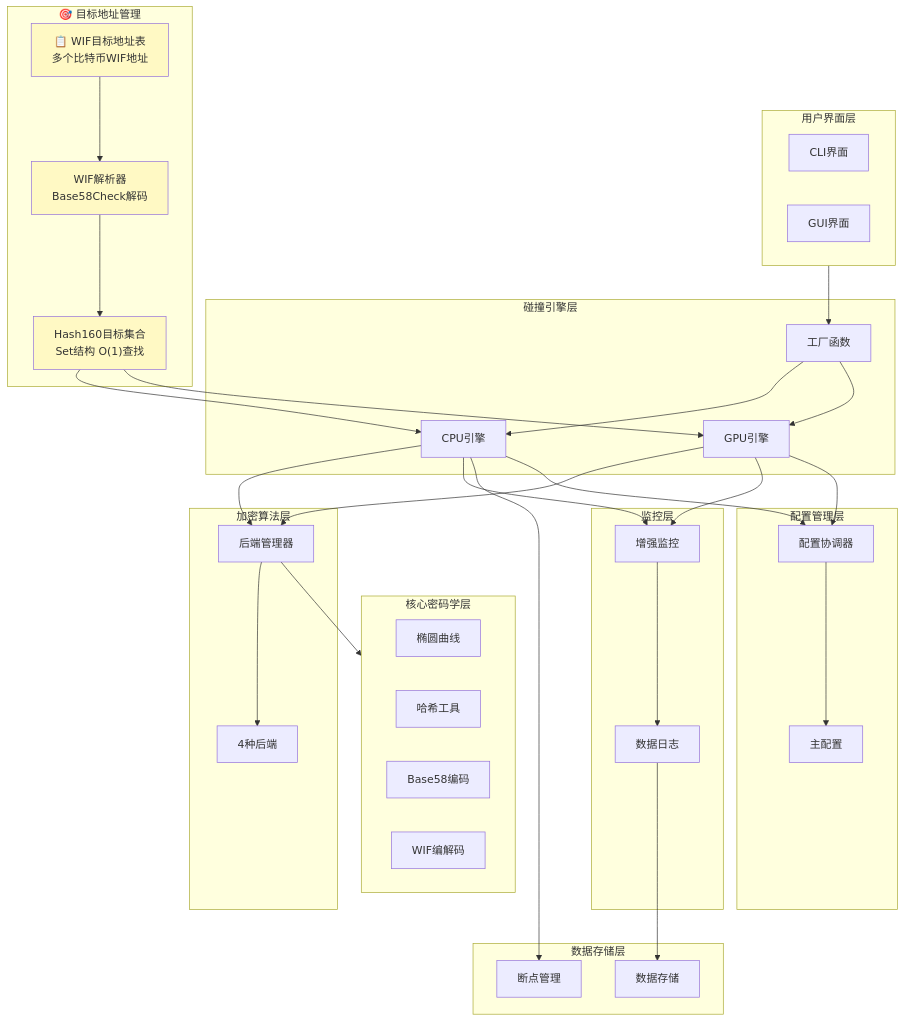
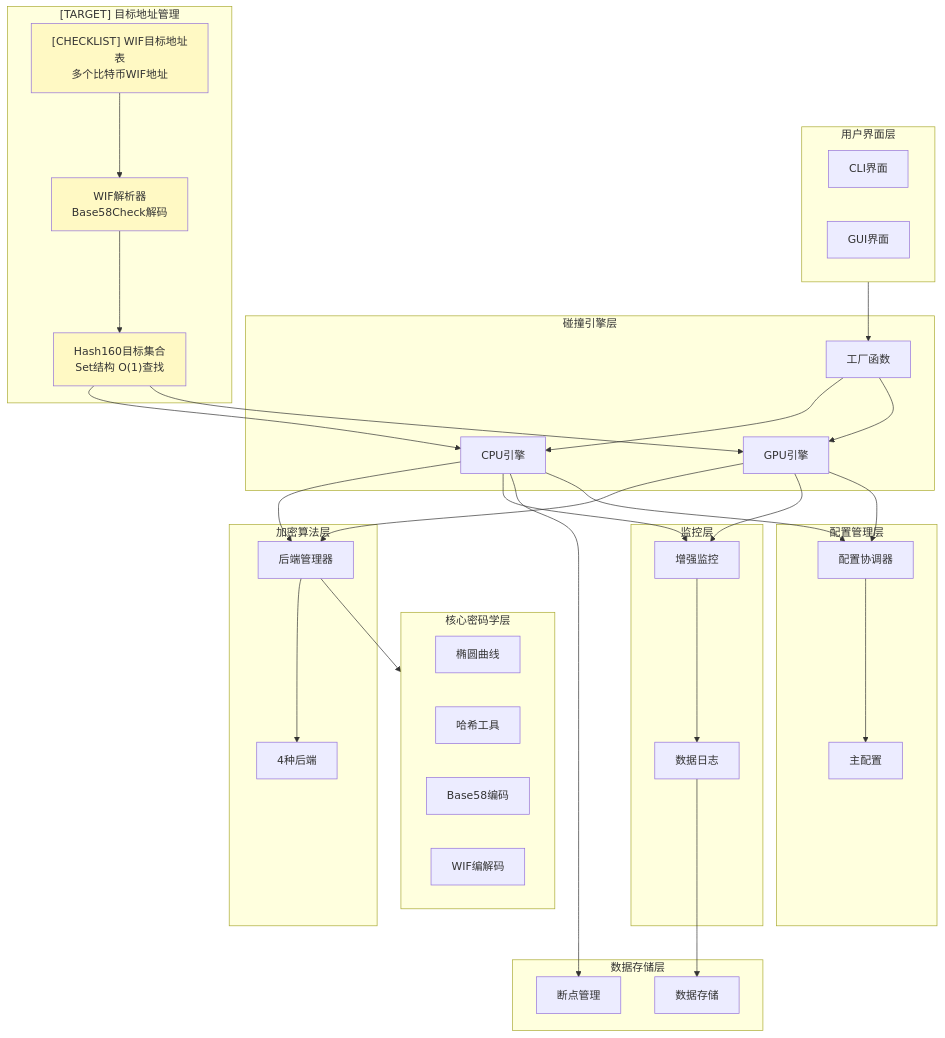
Before and after one commit to Pengkang-OP/btc-collision-engine: the first of 7 diagrams in docs/archive/implementation-reports/BTC碰撞引擎项目设计分析报告.md, drawn with Mermaid. The commit also changed other lines of this file and 624 other files, not shown here.

````diff
--- a/docs/archive/implementation-reports/BTC碰撞引擎项目设计分析报告.md
+++ b/docs/archive/implementation-reports/BTC碰撞引擎项目设计分析报告.md
@@ -787,72 +787,72 @@
 ```mermaid
 graph TB
     subgraph UI["用户界面层"]
         CLI["CLI界面"]
         GUI["GUI界面"]
     end
     
     subgraph Engine["碰撞引擎层"]
         Factory["工厂函数"]
         CPU["CPU引擎"]
         GPU["GPU引擎"]
     end
     
     subgraph Crypto["加密算法层"]
         CryptoMgr["后端管理器"]
         Backends["4种后端"]
     end
     
     subgraph Core["核心密码学层"]
         Secp256k1["椭圆曲线"]
         HashUtils["哈希工具"]
         Base58["Base58编码"]
         WIF["WIF编解码"]
     end
     
-    subgraph Targets["🎯 目标地址管理"]
-        WIFTable["📋 WIF目标地址表<br/>多个比特币WIF地址"]
+    subgraph Targets["[TARGET] 目标地址管理"]
+        WIFTable["[CHECKLIST] WIF目标地址表<br/>多个比特币WIF地址"]
         WIFParser["WIF解析器<br/>Base58Check解码"]
         Hash160Set["Hash160目标集合<br/>Set结构 O(1)查找"]
     end
     
     subgraph Monitor["监控层"]
         EnhancedMon["增强监控"]
         DataLogger["数据日志"]
     end
     
     subgraph Storage["数据存储层"]
         DataStorage["数据存储"]
         Checkpoint["断点管理"]
     end
     
     subgraph Config["配置管理层"]
         Coordinator["配置协调器"]
         ConfigMgr["主配置"]
     end
     
     UI --> Factory
     Factory --> CPU
     Factory --> GPU
     CPU --> CryptoMgr
     GPU --> CryptoMgr
     CryptoMgr --> Backends
     CryptoMgr --> Core
     
     WIFTable --> WIFParser
     WIFParser --> Hash160Set
     Hash160Set --> CPU
     Hash160Set --> GPU
     
     CPU --> EnhancedMon
     GPU --> EnhancedMon
     EnhancedMon --> DataLogger
     DataLogger --> DataStorage
     CPU --> Checkpoint
     CPU --> Coordinator
     GPU --> Coordinator
     Coordinator --> ConfigMgr
     
     style WIFTable fill:#fff9c4
     style WIFParser fill:#fff9c4
     style Hash160Set fill:#fff9c4
 ```
````
